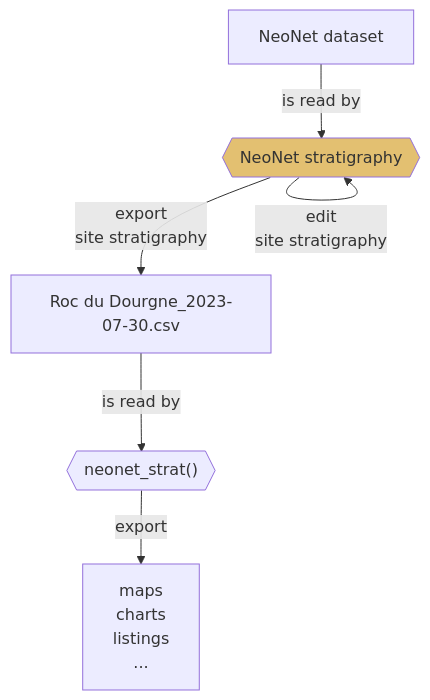
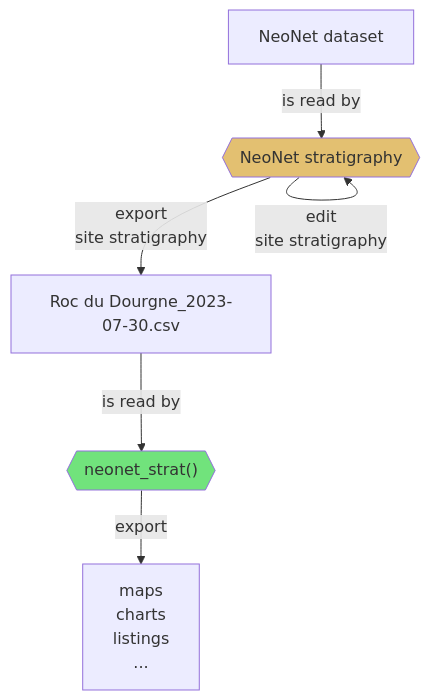
One commit to historical-time/caa-chrono-sig changed the diagram in neonet/README.md. Above: the diagram before and after it, drawn with Mermaid.

````diff
--- a/neonet/README.md
+++ b/neonet/README.md
@@ -25,10 +25,10 @@
 ```mermaid
 flowchart TD
     A[NeoNet dataset] --is read by--> B{{"NeoNet stratigraphy"}}:::neonetshiny;
     B --edit<br>site stratigraphy--> B;
     B --export<br>site stratigraphy--> C["Roc du Dourgne_2023-07-30.csv"];
-    C --is read by--> D{{"neonet_strat()"}}:::neonetfunc;
+    C --is read by--> D{{"neonet_strat()"}}:::neonetfunct;
     D --export --> E[maps<br>charts<br>listings<br>...];
     classDef neonetshiny fill:#e3c071;
     classDef neonetfunct fill:#71e37c;
 ```
````
